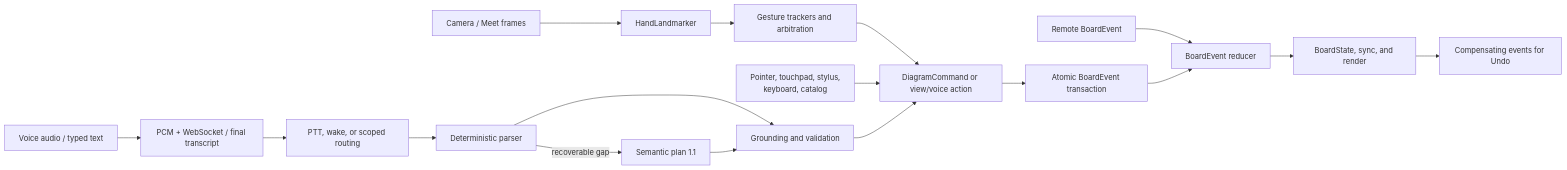
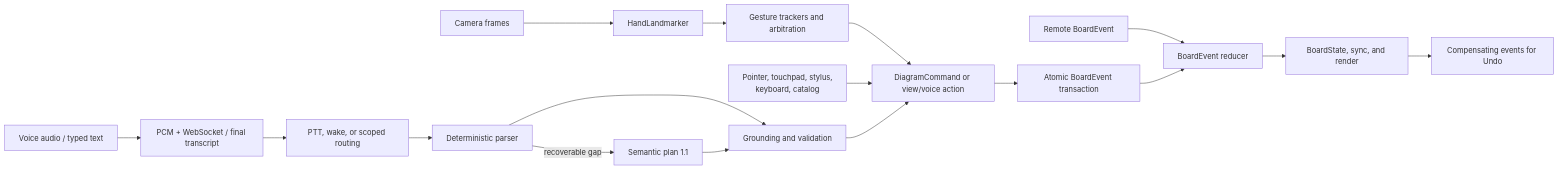
Before and after one commit to jaychitransh007/Airboard: the diagram in evals/README.md, drawn with Mermaid. The commit also changed other lines of this file and 168 other files, not shown here.

````diff
--- a/evals/README.md
+++ b/evals/README.md
@@ -13,21 +13,21 @@
 ```mermaid
 flowchart LR
   V["Voice audio / typed text"] --> STT["PCM + WebSocket / final transcript"]
   STT --> R["PTT, wake, or scoped routing"]
   R --> P["Deterministic parser"]
   P -->|recoverable gap| S["Semantic plan 1.1"]
   P --> G["Grounding and validation"]
   S --> G
 
-  C["Camera / Meet frames"] --> H["HandLandmarker"]
+  C["Camera frames"] --> H["HandLandmarker"]
   H --> A["Gesture trackers and arbitration"]
   A --> D["DiagramCommand or view/voice action"]
 
   X["Pointer, touchpad, stylus,\nkeyboard, catalog"] --> D
   Y["Remote BoardEvent"] --> E["BoardEvent reducer"]
   G --> D
   D --> T["Atomic BoardEvent transaction"]
   T --> E
   E --> B["BoardState, sync, and render"]
   B --> U["Compensating events for Undo"]
 ```
````
